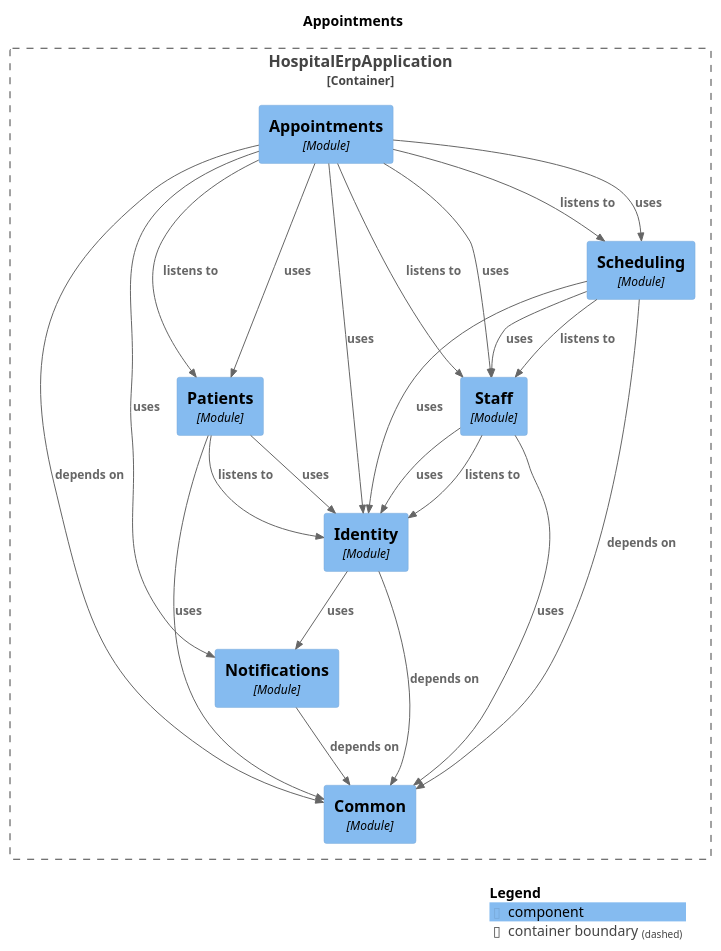
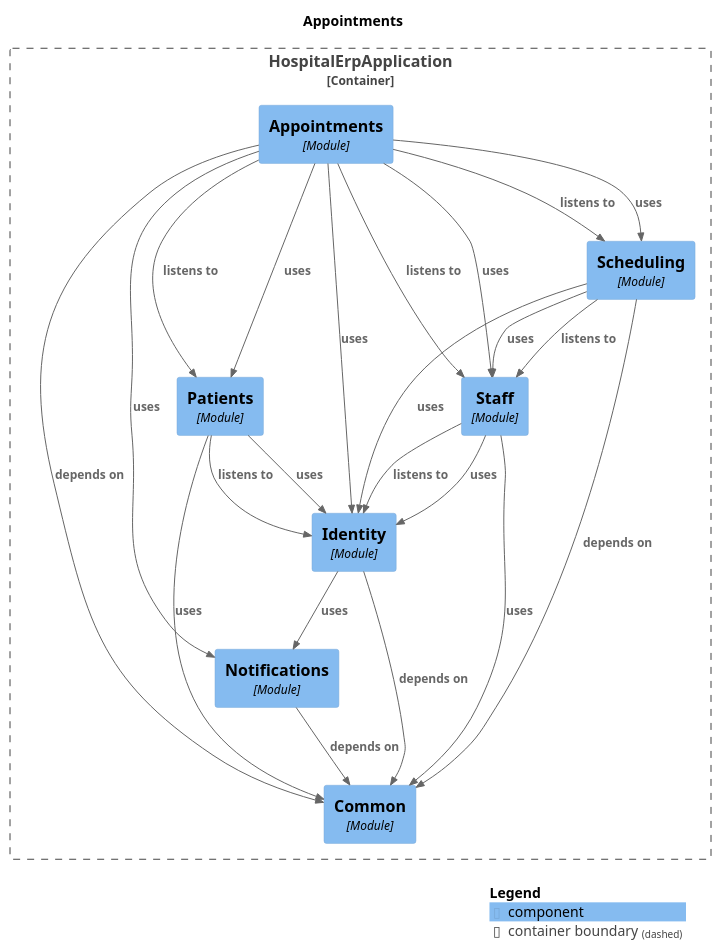
Before and after one commit to harshsharma5720/HospitalERP: the diagram in docs/modules/module-appointments.puml, drawn with PlantUML. The commit also changed other lines of this file and 44 other files, not shown here.

```diff
--- a/docs/modules/module-appointments.puml
+++ b/docs/modules/module-appointments.puml
@@ -1,45 +1,45 @@
 @startuml
 set separator none
 title Appointments
 
 top to bottom direction
 
 !include <C4/C4>
 !include <C4/C4_Context>
 !include <C4/C4_Component>
 
 Container_Boundary("HospitalErpApplication.HospitalErpApplication_boundary", "HospitalErpApplication", $tags="") {
   Component(HospitalErpApplication.HospitalErpApplication.Appointments, "Appointments", $techn="Module", $descr="", $tags="", $link="")
   Component(HospitalErpApplication.HospitalErpApplication.Common, "Common", $techn="Module", $descr="", $tags="", $link="")
   Component(HospitalErpApplication.HospitalErpApplication.Notifications, "Notifications", $techn="Module", $descr="", $tags="", $link="")
   Component(HospitalErpApplication.HospitalErpApplication.Identity, "Identity", $techn="Module", $descr="", $tags="", $link="")
   Component(HospitalErpApplication.HospitalErpApplication.Staff, "Staff", $techn="Module", $descr="", $tags="", $link="")
   Component(HospitalErpApplication.HospitalErpApplication.Patients, "Patients", $techn="Module", $descr="", $tags="", $link="")
   Component(HospitalErpApplication.HospitalErpApplication.Scheduling, "Scheduling", $techn="Module", $descr="", $tags="", $link="")
 }
 
-Rel(HospitalErpApplication.HospitalErpApplication.Notifications, HospitalErpApplication.HospitalErpApplication.Common, "depends on", $techn="", $tags="", $link="")
-Rel(HospitalErpApplication.HospitalErpApplication.Staff, HospitalErpApplication.HospitalErpApplication.Identity, "listens to", $techn="", $tags="", $link="")
 Rel(HospitalErpApplication.HospitalErpApplication.Staff, HospitalErpApplication.HospitalErpApplication.Identity, "uses", $techn="", $tags="", $link="")
 Rel(HospitalErpApplication.HospitalErpApplication.Staff, HospitalErpApplication.HospitalErpApplication.Common, "uses", $techn="", $tags="", $link="")
-Rel(HospitalErpApplication.HospitalErpApplication.Identity, HospitalErpApplication.HospitalErpApplication.Common, "depends on", $techn="", $tags="", $link="")
-Rel(HospitalErpApplication.HospitalErpApplication.Identity, HospitalErpApplication.HospitalErpApplication.Notifications, "uses", $techn="", $tags="", $link="")
+Rel(HospitalErpApplication.HospitalErpApplication.Scheduling, HospitalErpApplication.HospitalErpApplication.Staff, "listens to", $techn="", $tags="", $link="")
+Rel(HospitalErpApplication.HospitalErpApplication.Scheduling, HospitalErpApplication.HospitalErpApplication.Common, "depends on", $techn="", $tags="", $link="")
+Rel(HospitalErpApplication.HospitalErpApplication.Scheduling, HospitalErpApplication.HospitalErpApplication.Staff, "uses", $techn="", $tags="", $link="")
+Rel(HospitalErpApplication.HospitalErpApplication.Scheduling, HospitalErpApplication.HospitalErpApplication.Identity, "uses", $techn="", $tags="", $link="")
 Rel(HospitalErpApplication.HospitalErpApplication.Appointments, HospitalErpApplication.HospitalErpApplication.Staff, "listens to", $techn="", $tags="", $link="")
 Rel(HospitalErpApplication.HospitalErpApplication.Appointments, HospitalErpApplication.HospitalErpApplication.Patients, "listens to", $techn="", $tags="", $link="")
 Rel(HospitalErpApplication.HospitalErpApplication.Appointments, HospitalErpApplication.HospitalErpApplication.Scheduling, "listens to", $techn="", $tags="", $link="")
 Rel(HospitalErpApplication.HospitalErpApplication.Appointments, HospitalErpApplication.HospitalErpApplication.Common, "depends on", $techn="", $tags="", $link="")
 Rel(HospitalErpApplication.HospitalErpApplication.Appointments, HospitalErpApplication.HospitalErpApplication.Patients, "uses", $techn="", $tags="", $link="")
 Rel(HospitalErpApplication.HospitalErpApplication.Appointments, HospitalErpApplication.HospitalErpApplication.Staff, "uses", $techn="", $tags="", $link="")
 Rel(HospitalErpApplication.HospitalErpApplication.Appointments, HospitalErpApplication.HospitalErpApplication.Scheduling, "uses", $techn="", $tags="", $link="")
 Rel(HospitalErpApplication.HospitalErpApplication.Appointments, HospitalErpApplication.HospitalErpApplication.Identity, "uses", $techn="", $tags="", $link="")
 Rel(HospitalErpApplication.HospitalErpApplication.Appointments, HospitalErpApplication.HospitalErpApplication.Notifications, "uses", $techn="", $tags="", $link="")
 Rel(HospitalErpApplication.HospitalErpApplication.Patients, HospitalErpApplication.HospitalErpApplication.Identity, "listens to", $techn="", $tags="", $link="")
 Rel(HospitalErpApplication.HospitalErpApplication.Patients, HospitalErpApplication.HospitalErpApplication.Identity, "uses", $techn="", $tags="", $link="")
 Rel(HospitalErpApplication.HospitalErpApplication.Patients, HospitalErpApplication.HospitalErpApplication.Common, "uses", $techn="", $tags="", $link="")
-Rel(HospitalErpApplication.HospitalErpApplication.Scheduling, HospitalErpApplication.HospitalErpApplication.Staff, "listens to", $techn="", $tags="", $link="")
-Rel(HospitalErpApplication.HospitalErpApplication.Scheduling, HospitalErpApplication.HospitalErpApplication.Common, "depends on", $techn="", $tags="", $link="")
-Rel(HospitalErpApplication.HospitalErpApplication.Scheduling, HospitalErpApplication.HospitalErpApplication.Staff, "uses", $techn="", $tags="", $link="")
-Rel(HospitalErpApplication.HospitalErpApplication.Scheduling, HospitalErpApplication.HospitalErpApplication.Identity, "uses", $techn="", $tags="", $link="")
+Rel(HospitalErpApplication.HospitalErpApplication.Identity, HospitalErpApplication.HospitalErpApplication.Common, "depends on", $techn="", $tags="", $link="")
+Rel(HospitalErpApplication.HospitalErpApplication.Identity, HospitalErpApplication.HospitalErpApplication.Notifications, "uses", $techn="", $tags="", $link="")
+Rel(HospitalErpApplication.HospitalErpApplication.Notifications, HospitalErpApplication.HospitalErpApplication.Common, "depends on", $techn="", $tags="", $link="")
+Rel(HospitalErpApplication.HospitalErpApplication.Staff, HospitalErpApplication.HospitalErpApplication.Identity, "listens to", $techn="", $tags="", $link="")
 
 SHOW_LEGEND(true)
 @enduml
```
